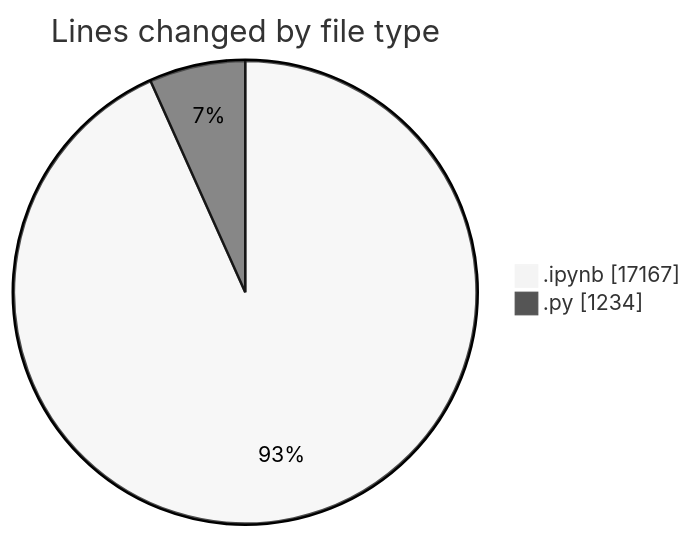
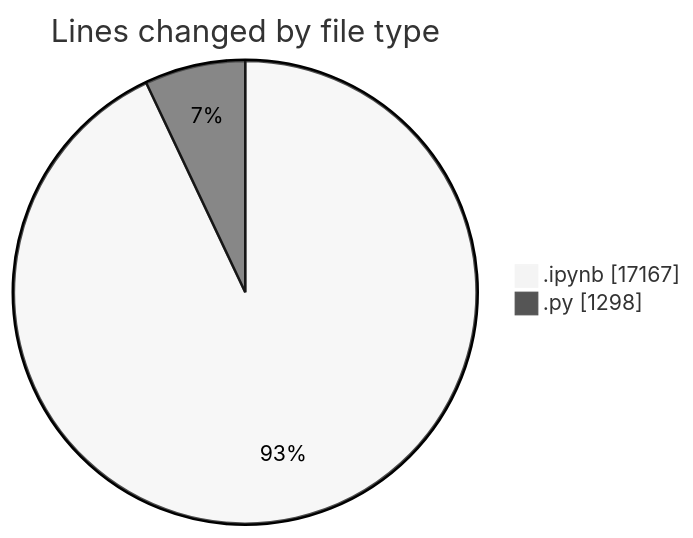
The first of 2 diagrams in 2025-05-07/myws__workspace_/README.md (MatusMokan/code-tracking), drawn with Mermaid (neutral theme) before and after one commit. The commit also changed other lines of this file and 1 other file, not shown here.

````diff
--- a/2025-05-07/myws__workspace_/README.md
+++ b/2025-05-07/myws__workspace_/README.md
@@ -21,6 +21,6 @@
 ```mermaid
 pie showData
 title Lines changed by file type
 ".ipynb" : 17167
-".py" : 1234
+".py" : 1298
 ```
````
